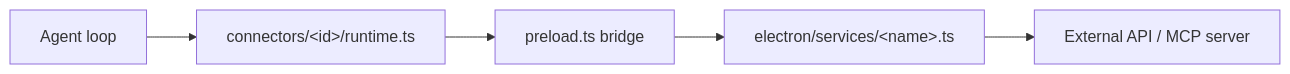
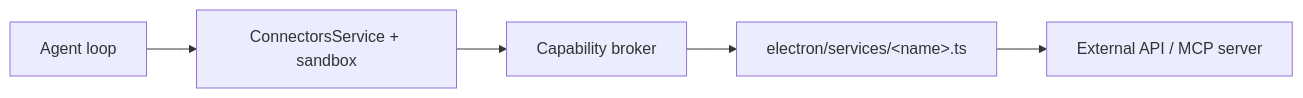
One commit to Enrifoca/smile changed the diagram in electron/services/README.md. Above: the diagram before and after it, drawn with Mermaid. The commit also changed other lines of this file and 113 other files, not shown here.

````diff
--- a/electron/services/README.md
+++ b/electron/services/README.md
@@ -20,7 +19,7 @@
 ```mermaid
 flowchart LR
-  agent["Agent loop"] --> runtime["connectors/&lt;id&gt;/runtime.ts"]
-  runtime --> preload["preload.ts bridge"]
-  preload --> service["electron/services/&lt;name&gt;.ts"]
+  agent["Agent loop"] --> sandbox["ConnectorsService + sandbox"]
+  sandbox --> broker["Capability broker"]
+  broker --> service["electron/services/&lt;name&gt;.ts"]
   service --> provider["External API / MCP server"]
 ```
````
